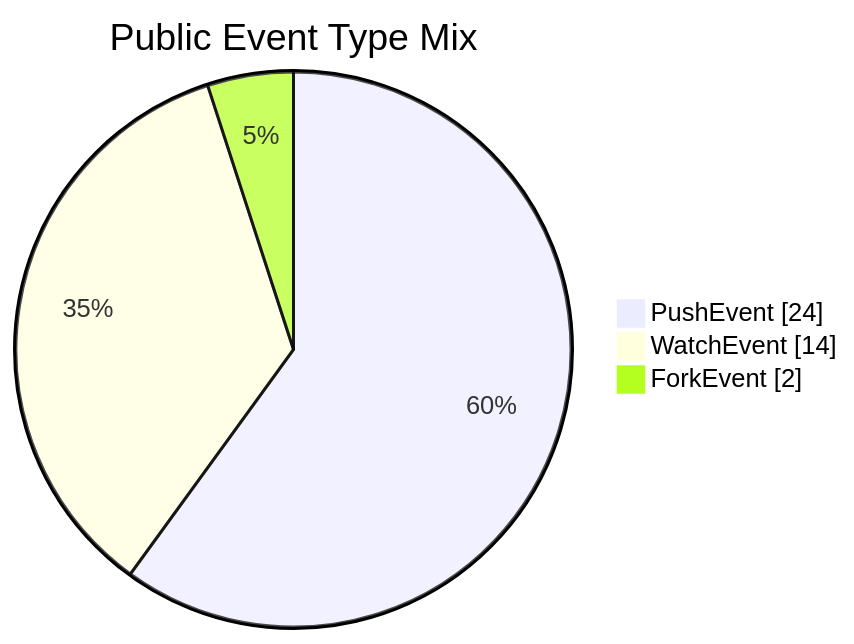
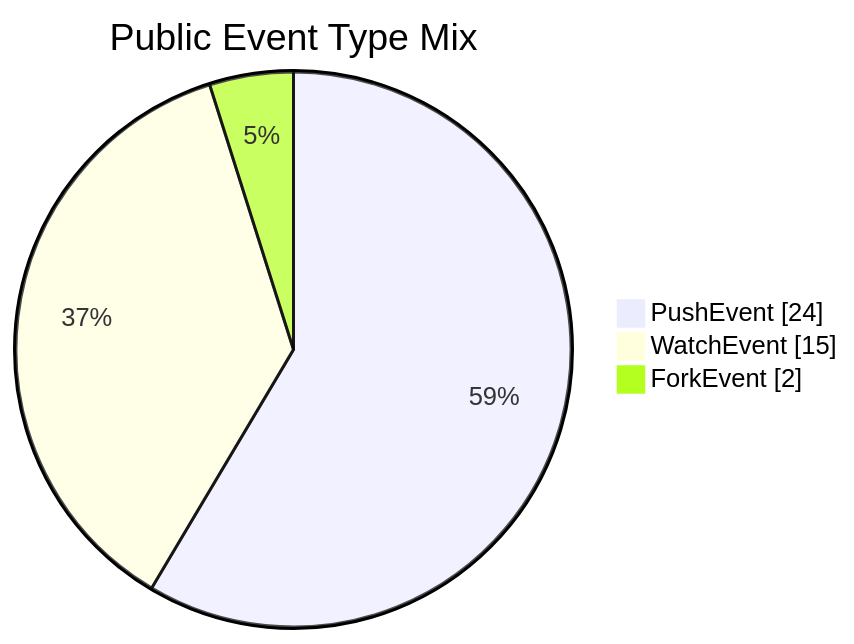
One commit to manhquydev/manhquydev changed the second of 2 diagrams in README.md. Above: the diagram before and after it, drawn with Mermaid. The commit also changed other lines of this file and 4 other files, not shown here.

````diff
--- a/README.md
+++ b/README.md
@@ -136,7 +136,7 @@
 ```mermaid
 pie showData
   title Public Event Type Mix
   "PushEvent" : 24
-  "WatchEvent" : 14
+  "WatchEvent" : 15
   "ForkEvent" : 2
 ```
````
